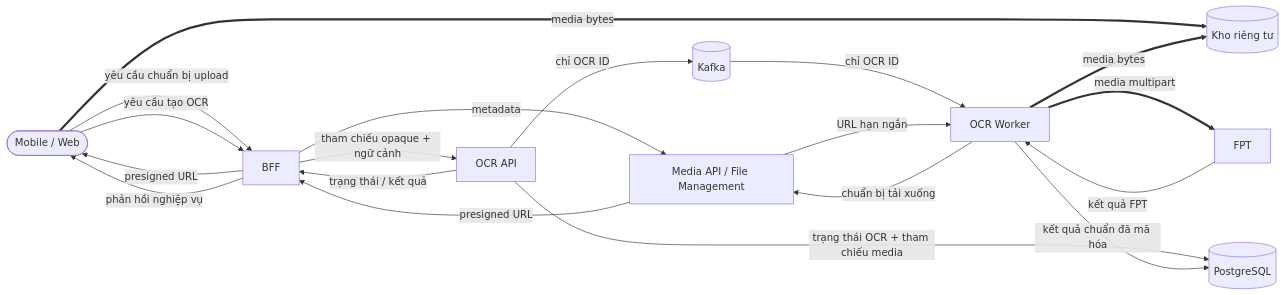
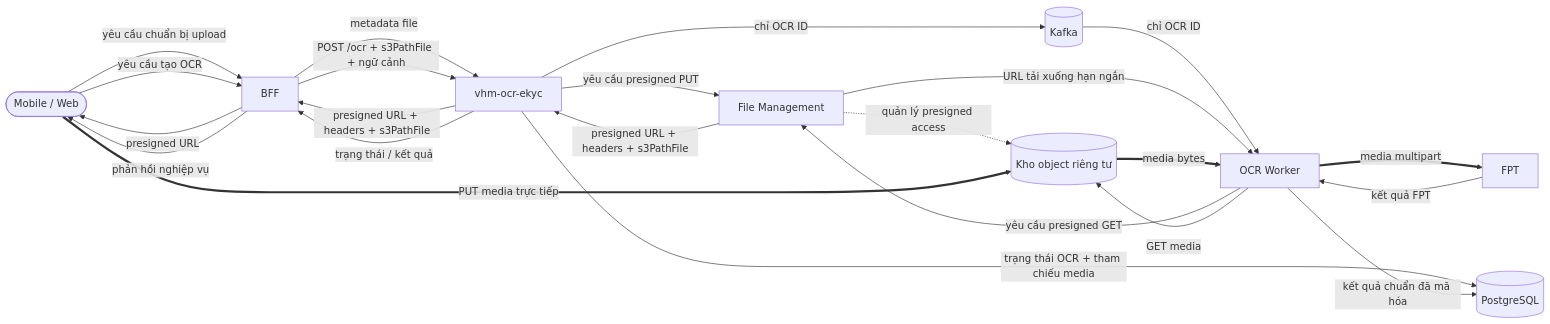
Before and after one commit to huynv-xyz/vhm: the sixth of 12 diagrams in tdd-ocr-ekyc.md, drawn with Mermaid. The commit also changed other lines of this file, not shown here.

````diff
--- a/tdd-ocr-ekyc.md
+++ b/tdd-ocr-ekyc.md
@@ -758,31 +773,35 @@
 ```mermaid
 flowchart LR
     CHANNEL([Mobile / Web])
     BFF[BFF]
-    MEDIA[Media API / File Management]
-    STORAGE[(Kho riêng tư)]
-    API[OCR API]
+    API[vhm-ocr-ekyc]
+    FILE[File Management]
+    STORAGE[(Kho object riêng tư)]
     DB[(PostgreSQL)]
     KAFKA[(Kafka)]
     WORKER[OCR Worker]
     PROVIDER[FPT]
 
     CHANNEL -->|yêu cầu chuẩn bị upload| BFF
-    BFF -->|metadata| MEDIA
-    MEDIA -->|presigned URL| BFF
+    BFF -->|metadata file| API
+    API -->|yêu cầu presigned PUT| FILE
+    FILE -->|presigned URL + headers + s3PathFile| API
+    FILE -.->|quản lý presigned access| STORAGE
+    API -->|presigned URL + headers + s3PathFile| BFF
     BFF -->|presigned URL| CHANNEL
-    CHANNEL ==>|media bytes| STORAGE
+    CHANNEL ==>|PUT media trực tiếp| STORAGE
     CHANNEL -->|yêu cầu tạo OCR| BFF
-    BFF -->|tham chiếu opaque + ngữ cảnh| API
+    BFF -->|POST /ocr + s3PathFile + ngữ cảnh| API
     API -->|trạng thái / kết quả| BFF
     BFF -->|phản hồi nghiệp vụ| CHANNEL
     API -->|trạng thái OCR + tham chiếu media| DB
     API -->|chỉ OCR ID| KAFKA
     KAFKA -->|chỉ OCR ID| WORKER
-    WORKER -->|chuẩn bị tải xuống| MEDIA
-    MEDIA -->|URL hạn ngắn| WORKER
-    WORKER ==>|media bytes| STORAGE
+    WORKER -->|yêu cầu presigned GET| FILE
+    FILE -->|URL tải xuống hạn ngắn| WORKER
+    WORKER -->|GET media| STORAGE
+    STORAGE ==>|media bytes| WORKER
     WORKER ==>|media multipart| PROVIDER
     PROVIDER -->|kết quả FPT| WORKER
     WORKER -->|kết quả chuẩn đã mã hóa| DB
 ```
````
